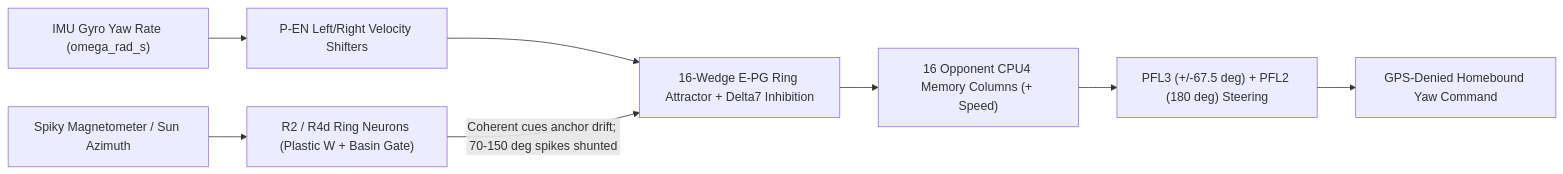
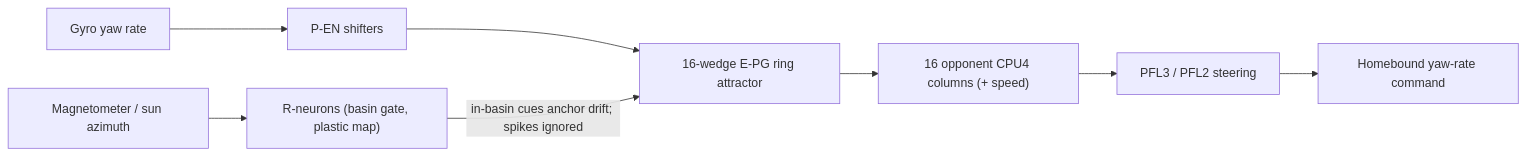
Before and after one commit to indian-aman/necklink: the diagram in packages/neckcompass/README.md, drawn with Mermaid. The commit also changed other lines of this file and 11 other files, not shown here.

First line of the commit message:
neckcompass 1.1.0: fix re-anchoring and plastic drift, honest benchmarks

````diff
--- a/packages/neckcompass/README.md
+++ b/packages/neckcompass/README.md
@@ -45,10 +45,10 @@
 ```mermaid
 flowchart LR
-    IMU["IMU Gyro Yaw Rate (omega_rad_s)"] --> PEN["P-EN Left/Right Velocity Shifters"]
-    PEN --> EPG["16-Wedge E-PG Ring Attractor + Delta7 Inhibition"]
-    MAG["Spiky Magnetometer / Sun Azimuth"] --> RN["R2 / R4d Ring Neurons (Plastic W + Basin Gate)"]
-    RN -->|"Coherent cues anchor drift; 70-150 deg spikes shunted"| EPG
-    EPG --> CPU4["16 Opponent CPU4 Memory Columns (+ Speed)"]
-    CPU4 --> PFL3["PFL3 (+/-67.5 deg) + PFL2 (180 deg) Steering"]
-    PFL3 --> HOME["GPS-Denied Homebound Yaw Command"]
+    IMU["Gyro yaw rate"] --> PEN["P-EN shifters"]
+    PEN --> EPG["16-wedge E-PG ring attractor"]
+    MAG["Magnetometer / sun azimuth"] --> RN["R-neurons (basin gate, plastic map)"]
+    RN -->|"in-basin cues anchor drift; spikes ignored"| EPG
+    EPG --> CPU4["16 opponent CPU4 columns (+ speed)"]
+    CPU4 --> PFL3["PFL3 / PFL2 steering"]
+    PFL3 --> HOME["Homebound yaw-rate command"]
 ```
````
